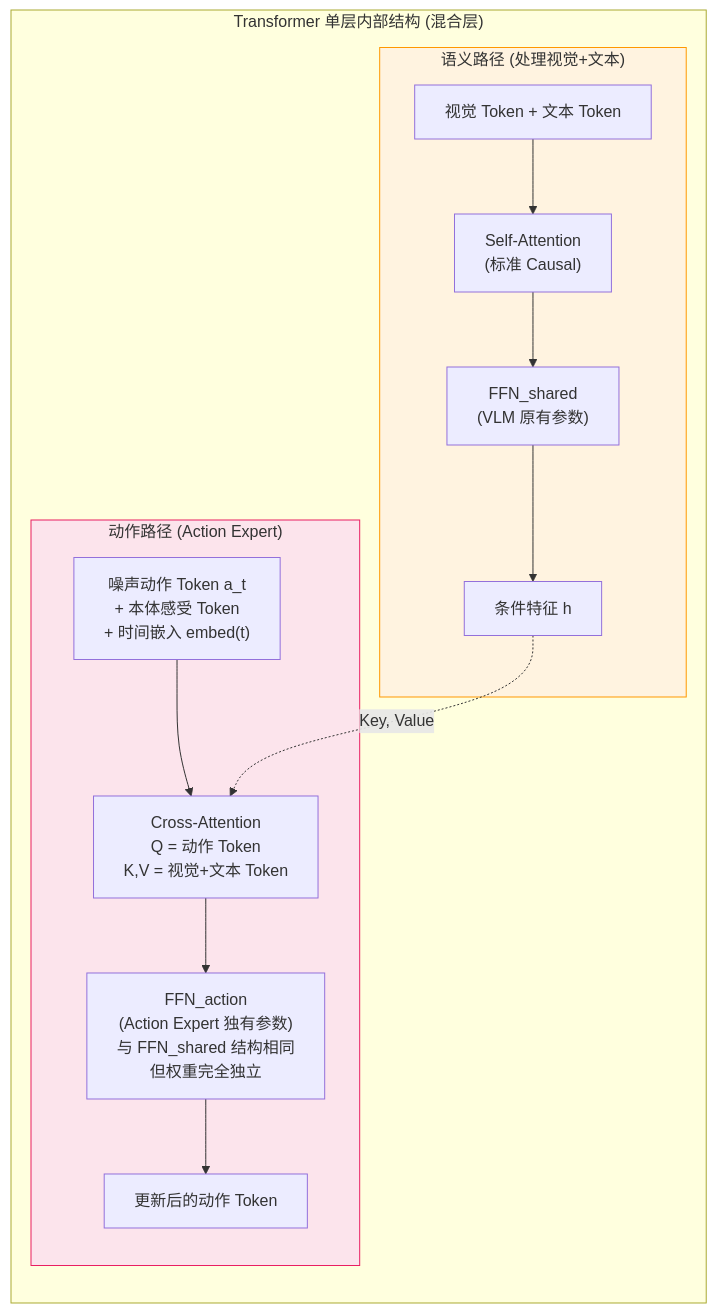
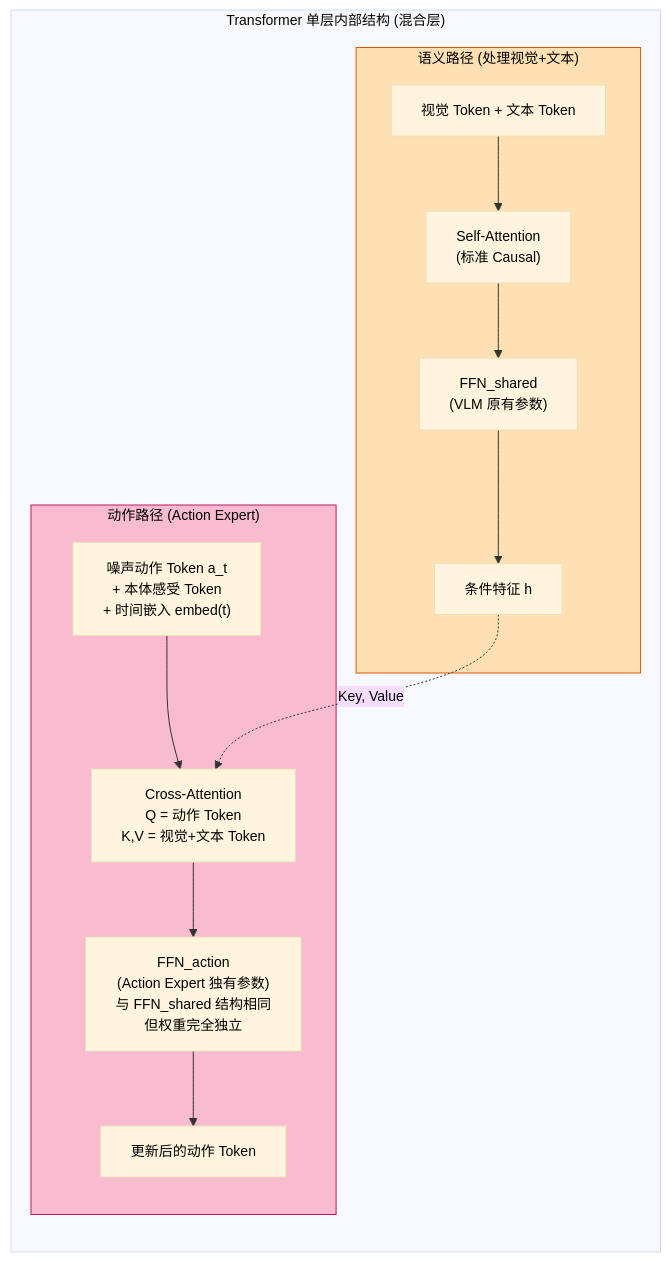
The second of 3 diagrams in VLA_Advances/Appendix_A_Flow_Matching.md (wikan2019/VLALearning), drawn with Mermaid before and after one commit. The commit also changed other lines of this file, not shown here.

Commit message:
feat: 补充本体感受Token/时间嵌入详解，优化Mermaid图配色

````diff
--- a/VLA_Advances/Appendix_A_Flow_Matching.md
+++ b/VLA_Advances/Appendix_A_Flow_Matching.md
@@ -975,28 +996,37 @@
 ```mermaid
+%%{init: {'theme': 'base', 'themeVariables': {'primaryTextColor': '#000000', 'lineColor': '#333333', 'fontFamily': 'Arial', 'fontSize': '14px'}}}%%
 graph LR
     subgraph 单层内部["Transformer 单层内部结构 (混合层)"]
         direction TB
         
         subgraph 语义路径["语义路径 (处理视觉+文本)"]
             VT["视觉 Token + 文本 Token"]
             SA["Self-Attention<br/>(标准 Causal)"]
             FFN_S["FFN_shared<br/>(VLM 原有参数)"]
             H["条件特征 h"]
         end
 
         subgraph 动作路径["动作路径 (Action Expert)"]
             AT["噪声动作 Token a_t<br/>+ 本体感受 Token<br/>+ 时间嵌入 embed(t)"]
             CA["Cross-Attention<br/>Q = 动作 Token<br/>K,V = 视觉+文本 Token"]
             FFN_ACT["FFN_action<br/>(Action Expert 独有参数)<br/>与 FFN_shared 结构相同<br/>但权重完全独立"]
             AO["更新后的动作 Token"]
         end
     end
 
     VT --> SA --> FFN_S --> H
     AT --> CA
     H -.->|"Key, Value"| CA
     CA --> FFN_ACT --> AO
 
-    style 语义路径 fill:#fff3e0,stroke:#FF9800
-    style 动作路径 fill:#fce4ec,stroke:#E91E63
+    style 语义路径 fill:#ffe0b2,stroke:#e65100,color:#000000
+    style 动作路径 fill:#f8bbd0,stroke:#c2185b,color:#000000
+    style VT color:#000000
+    style SA color:#000000
+    style FFN_S color:#000000
+    style H color:#000000
+    style AT color:#000000
+    style CA color:#000000
+    style FFN_ACT color:#000000
+    style AO color:#000000
 ```
````
